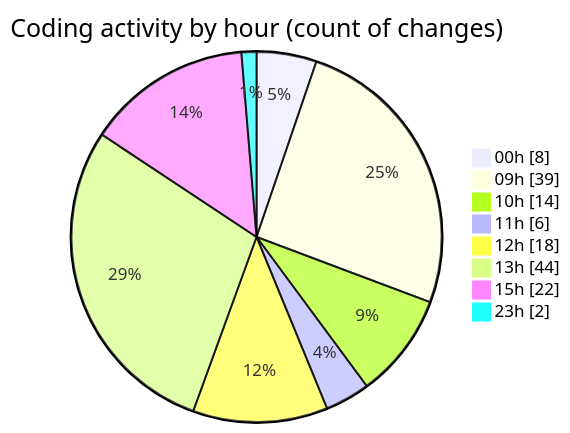
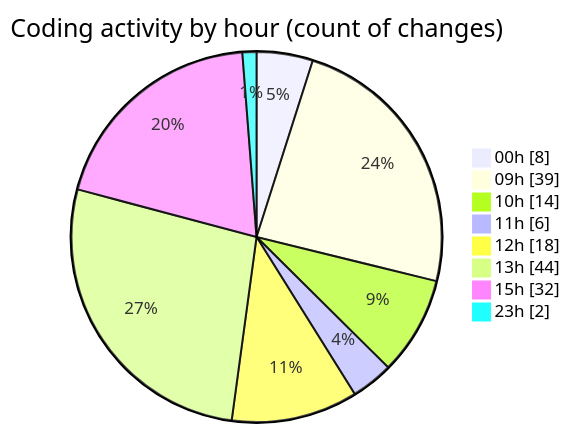
The second of 2 diagrams in 2025-12-18/cda/README.md (momahboobian/code-tracking), drawn with Mermaid before and after one commit. The commit also changed other lines of this file and 1 other file, not shown here.

````diff
--- a/2025-12-18/cda/README.md
+++ b/2025-12-18/cda/README.md
@@ -74,12 +85,12 @@
 ```mermaid
 pie showData
 title Coding activity by hour (count of changes)
 "00h" : 8
 "09h" : 39
 "10h" : 14
 "11h" : 6
 "12h" : 18
 "13h" : 44
-"15h" : 22
+"15h" : 32
 "23h" : 2
 ```
````
